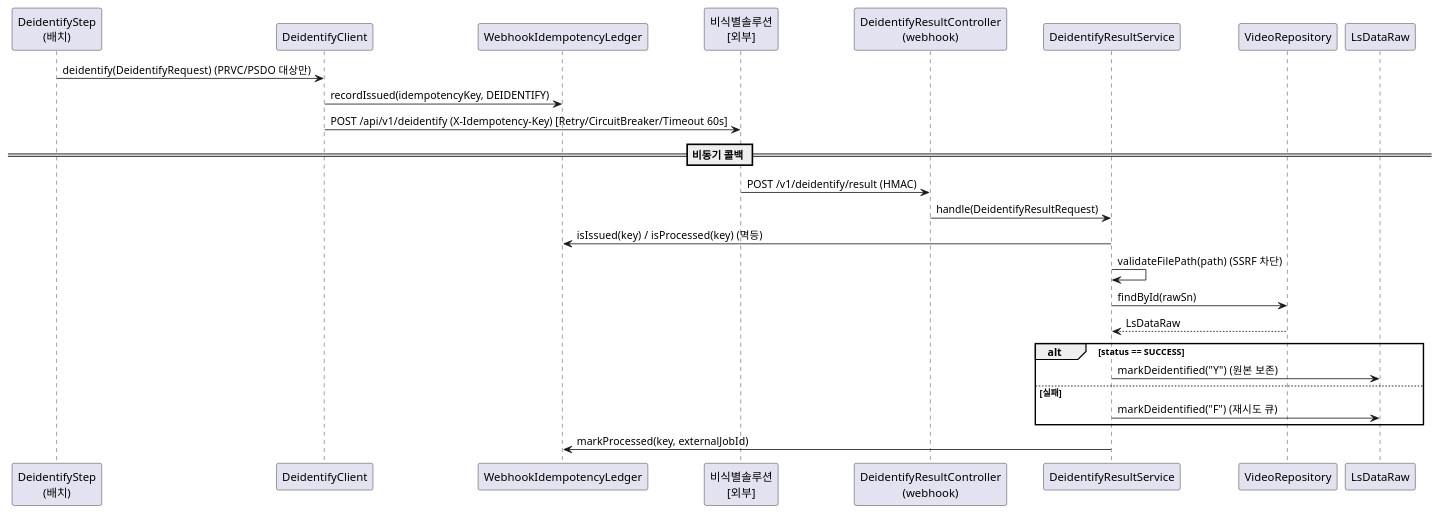
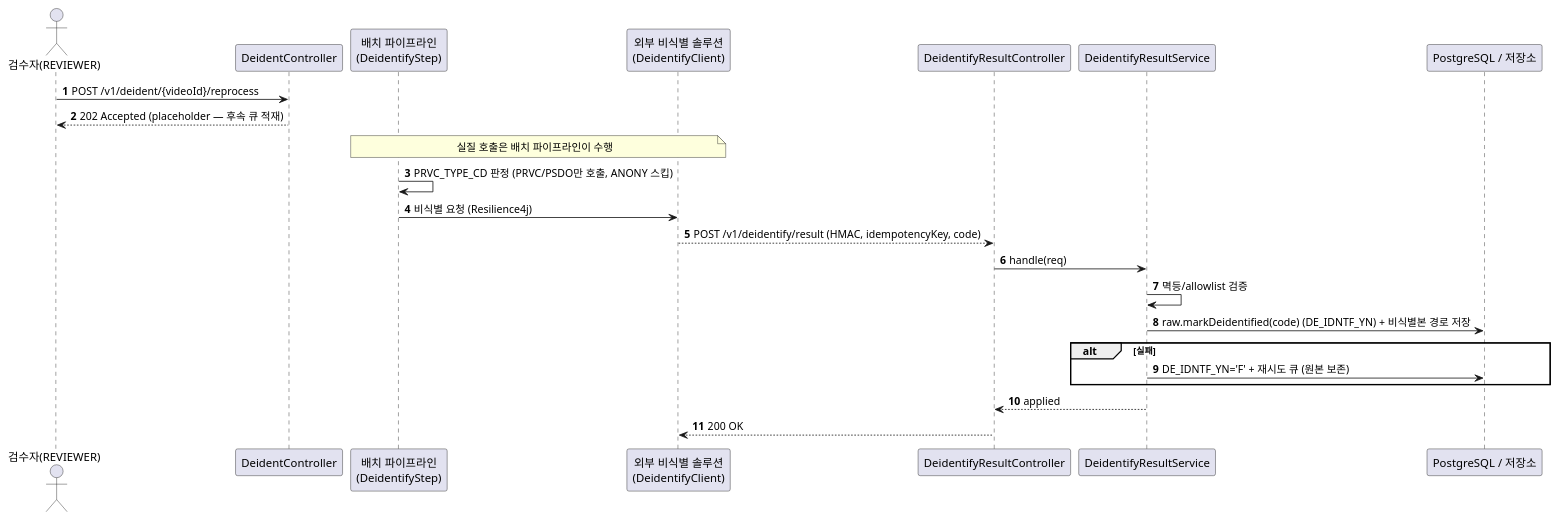
Before and after one commit to New-stella/klid-label: diagram 12 of 18 in docs/design/D1-클래스설계서.md, drawn with PlantUML. The commit also changed other lines of this file and 36 other files, not shown here.

````diff
--- a/docs/design/D1-클래스설계서.md
+++ b/docs/design/D1-클래스설계서.md
@@ -303,30 +615,27 @@
 ```plantuml
 @startuml
-participant "DeidentifyStep\n(배치)" as ST
-participant "DeidentifyClient" as DC
-participant "WebhookIdempotencyLedger" as L
-participant "비식별솔루션\n[외부]" as DEID
-participant "DeidentifyResultController\n(webhook)" as WH
-participant "DeidentifyResultService" as RS
-participant "VideoRepository" as VR
-participant "LsDataRaw" as RAW
+autonumber
+actor "검수자(REVIEWER)" as RV
+participant "DeidentController" as DC
+participant "배치 파이프라인\n(DeidentifyStep)" as BO
+participant "외부 비식별 솔루션\n(DeidentifyClient)" as DE
+participant "DeidentifyResultController" as DRC
+participant "DeidentifyResultService" as DRS
+participant "PostgreSQL / 저장소" as DB
 
-ST -> DC : deidentify(DeidentifyRequest)  (PRVC/PSDO 대상만)
-DC -> L : recordIssued(idempotencyKey, DEIDENTIFY)
-DC -> DEID : POST /api/v1/deidentify (X-Idempotency-Key) [Retry/CircuitBreaker/Timeout 60s]
-
-== 비동기 콜백 ==
-DEID -> WH : POST /v1/deidentify/result (HMAC)
-WH -> RS : handle(DeidentifyResultRequest)
-RS -> L : isIssued(key) / isProcessed(key)  (멱등)
-RS -> RS : validateFilePath(path)  (SSRF 차단)
-RS -> VR : findById(rawSn)
-VR --> RS : LsDataRaw
-alt status == SUCCESS
-  RS -> RAW : markDeidentified("Y")  (원본 보존)
-else 실패
-  RS -> RAW : markDeidentified("F")  (재시도 큐)
+RV -> DC : POST /v1/deident/{videoId}/reprocess
+DC --> RV : 202 Accepted (placeholder — 후속 큐 적재)
+note over BO,DE : 실질 호출은 배치 파이프라인이 수행
+BO -> BO : PRVC_TYPE_CD 판정 (PRVC/PSDO만 호출, ANONY 스킵)
+BO -> DE : 비식별 요청 (Resilience4j)
+DE --> DRC : POST /v1/deidentify/result (HMAC, idempotencyKey, code)
+DRC -> DRS : handle(req)
+DRS -> DRS : 멱등/allowlist 검증
+DRS -> DB : raw.markDeidentified(code) (DE_IDNTF_YN) + 비식별본 경로 저장
+alt 실패
+  DRS -> DB : DE_IDNTF_YN='F' + 재시도 큐 (원본 보존)
 end
-RS -> L : markProcessed(key, externalJobId)
+DRS --> DRC : applied
+DRC --> DE : 200 OK
 @enduml
 ```
````
